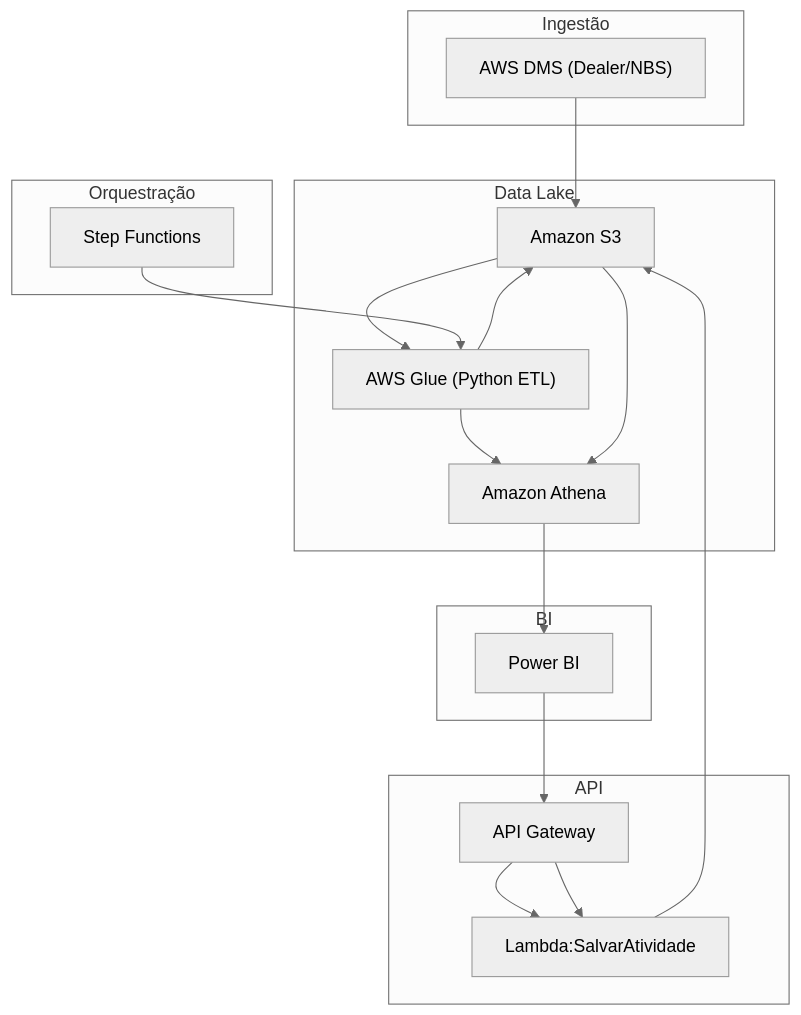
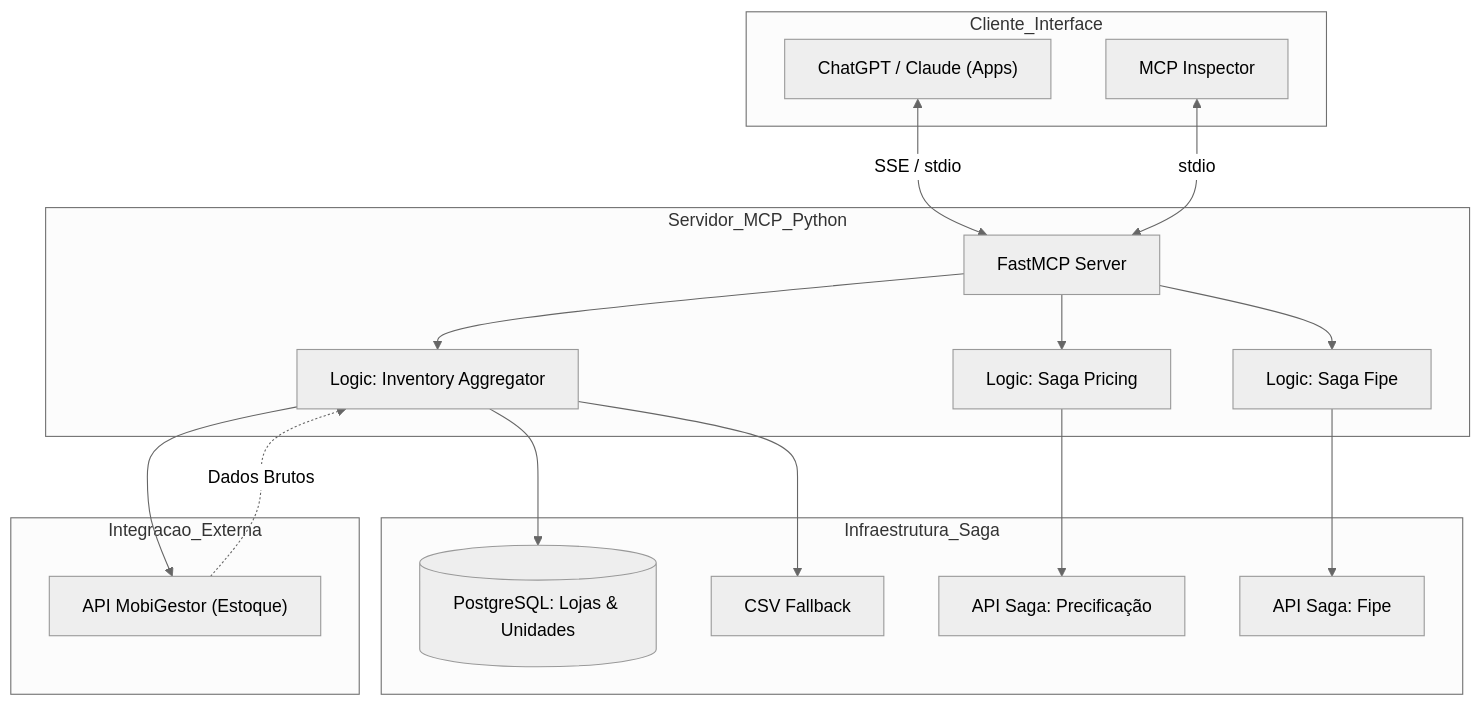
The diagram in docs/02_arquitetura.md (JoaaoCunhaa/ml-mcp-ia-vendas), drawn with Mermaid (neutral theme) before and after one commit. The commit also changed other lines of this file and 3 other files, not shown here.

````diff
--- a/docs/02_arquitetura.md
+++ b/docs/02_arquitetura.md
@@ -32,28 +34,44 @@
 ```mermaid
 flowchart TB
-  subgraph Ingestão
-    DMS["AWS DMS (Dealer/NBS)"]
-  end
-  subgraph Data Lake
-    S3["Amazon S3"] --> Glue["AWS Glue (Python ETL)"] --> Athena["Amazon Athena"]
-  end
-  subgraph Orquestração
-    SF["Step Functions"]
-  end
-  subgraph API
-    APIGW["API Gateway"]-->Lambda["Lambda:SalvarAtividade"]
-  end
-  subgraph BI
-    PB["Power BI"]
-  end
+    subgraph Cliente_Interface
+        LLM["ChatGPT / Claude (Apps)"]
+        INSP["MCP Inspector"]
+    end
 
-  DMS --> S3
-  SF --> Glue
-  Glue --> S3
-  S3 --> Athena
-  Athena --> PB
-  PB --> APIGW
-  APIGW --> Lambda
-  Lambda --> S3
+    subgraph Servidor_MCP_Python
+        FAST["FastMCP Server"]
+        LOGIC["Logic: Inventory Aggregator"]
+        PRIC["Logic: Saga Pricing"]
+        FIPE["Logic: Saga Fipe"]
+    end
+
+    subgraph Infraestrutura_Saga
+        DB[("PostgreSQL: Lojas & Unidades")]
+        CSV["CSV Fallback"]
+        API_P["API Saga: Precificação"]
+        API_F["API Saga: Fipe"]
+    end
+
+    subgraph Integracao_Externa
+        API_M["API MobiGestor (Estoque)"]
+    end
+
+    %% Fluxo de Comunicação
+    LLM <-->|SSE / stdio| FAST
+    INSP <-->|stdio| FAST
+
+    FAST --> LOGIC
+    FAST --> PRIC
+    FAST --> FIPE
+
+    %% Relacionamentos de Dados
+    LOGIC --> DB
+    LOGIC --> CSV
+    LOGIC --> API_M
+    
+    PRIC --> API_P
+    FIPE --> API_F
+    
+    API_M -.->|Dados Brutos| LOGIC
 
 ```
````
